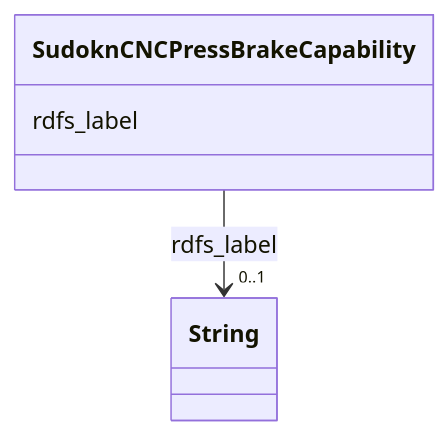
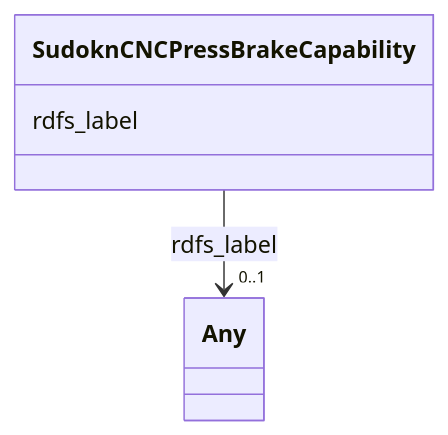
One commit to frink-okn/graph-descriptions changed the diagram in sudokn-kg/classes/SudoknCNCPressBrakeCapability.md. Above: the diagram before and after it, drawn with Mermaid. The commit also changed other lines of this file and 903 other files, not shown here.

````diff
--- a/sudokn-kg/classes/SudoknCNCPressBrakeCapability.md
+++ b/sudokn-kg/classes/SudoknCNCPressBrakeCapability.md
@@ -23,15 +18,15 @@
 ```mermaid
  classDiagram
     class SudoknCNCPressBrakeCapability
     click SudoknCNCPressBrakeCapability href "../SudoknCNCPressBrakeCapability"
       SudoknCNCPressBrakeCapability : rdfs_label
         
           
     
     
-    SudoknCNCPressBrakeCapability --> "0..1" String : rdfs_label
-    click String href "../String"
+    SudoknCNCPressBrakeCapability --> "0..1" Any : rdfs_label
+    click Any href "../Any"
 
         
       
 ```
````
